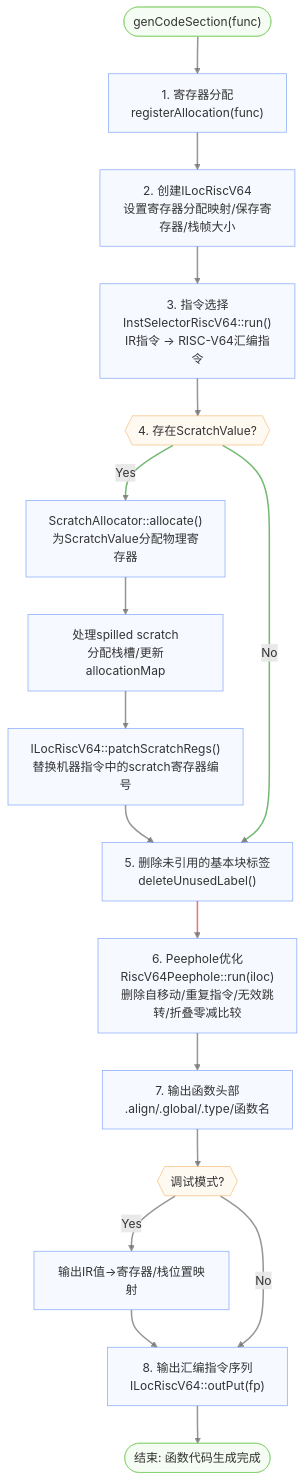
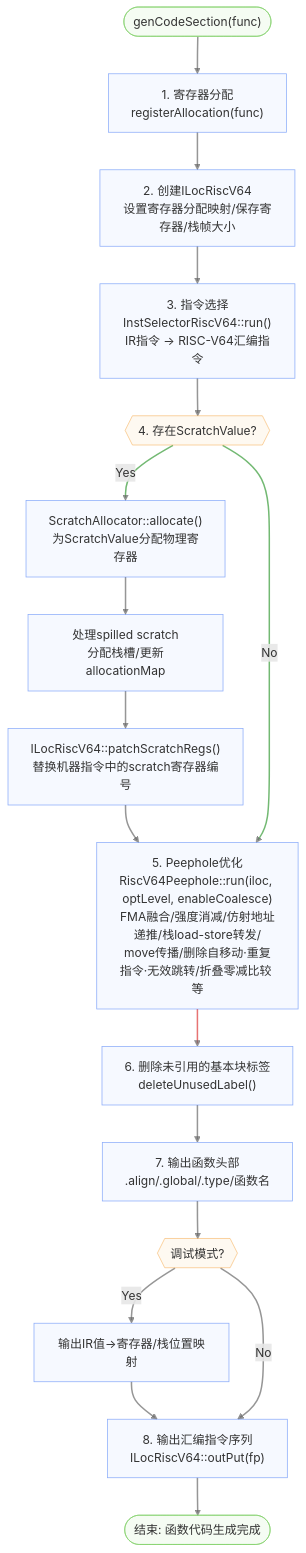
One commit to LLLLLLLLazy/compiler-lite changed the third of 4 diagrams in docs/backend-overview.md. Above: the diagram before and after it, drawn with Mermaid. The commit also changed other lines of this file and 9 other files, not shown here.

````diff
--- a/docs/backend-overview.md
+++ b/docs/backend-overview.md
@@ -66,40 +66,40 @@
 ```mermaid
 flowchart TD
     Start(["genCodeSection(func)"]) --> RegAlloc["1. 寄存器分配<br>registerAllocation(func)"]
 
     RegAlloc --> CreateILoc["2. 创建ILocRiscV64<br>设置寄存器分配映射/保存寄存器/栈帧大小"]
 
     CreateILoc --> InstSelect["3. 指令选择<br>InstSelectorRiscV64::run()<br>IR指令 → RISC-V64汇编指令"]
 
     InstSelect --> ScratchCheck{{"4. 存在ScratchValue?"}}
     ScratchCheck -- "Yes" --> ScratchAlloc["ScratchAllocator::allocate()<br>为ScratchValue分配物理寄存器"]
     ScratchAlloc --> ScratchProcess["处理spilled scratch<br>分配栈槽/更新allocationMap"]
     ScratchProcess --> Patchup["ILocRiscV64::patchScratchRegs()<br>替换机器指令中的scratch寄存器编号"]
     Patchup --> CleanLabel
 
-    ScratchCheck -- "No" --> CleanLabel["5. 删除未引用的基本块标签<br>deleteUnusedLabel()"]
+    ScratchCheck -- "No" --> CleanLabel["5. Peephole优化<br>RiscV64Peephole::run(iloc, optLevel, enableCoalesce)<br>FMA融合/强度消减/仿射地址递推/栈load-store转发/<br>move传播/删除自移动·重复指令·无效跳转/折叠零减比较 等"]
 
-    CleanLabel --> Peephole["6. Peephole优化<br>RiscV64Peephole::run(iloc)<br>删除自移动/重复指令/无效跳转/折叠零减比较"]
+    CleanLabel --> Peephole["6. 删除未引用的基本块标签<br>deleteUnusedLabel()"]
 
     Peephole --> Output["7. 输出函数头部<br>.align/.global/.type/函数名"]
     Output --> DebugCheck{{"调试模式?"}}
     DebugCheck -- "Yes" --> DebugOut["输出IR值→寄存器/栈位置映射"]
     DebugOut --> AsmOut
     DebugCheck -- "No" --> AsmOut["8. 输出汇编指令序列<br>ILocRiscV64::outPut(fp)"]
     AsmOut --> End(["结束: 函数代码生成完成"])
 
     %%Node styles
     classDef default fill:#E2EAFE4F,stroke:#5A88F6AF
     classDef endNode fill:#DDF4D84F,stroke:#7DCF62AF
     classDef decisionNode fill:#FCEBD34f,stroke:#F6AA4BAF
 
     %%Link styles
     linkStyle default stroke:#666666AF,stroke-width:2px
     linkStyle 4 stroke:#339933AF,stroke-width:2px
     linkStyle 8 stroke:#339933AF,stroke-width:2px
     linkStyle 9 stroke:#DD3333AF,stroke-width:2px
 
     %%Node classes
     class Start,End endNode
     class ScratchCheck,DebugCheck decisionNode
 ```
````
